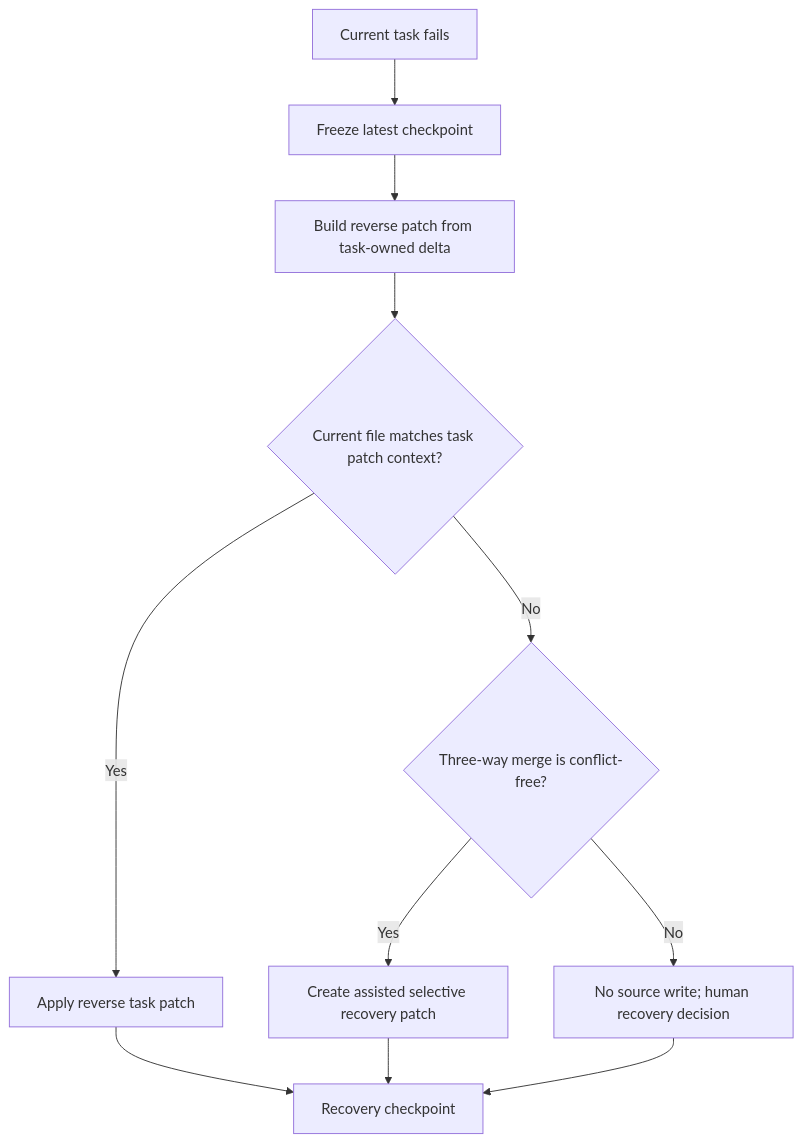
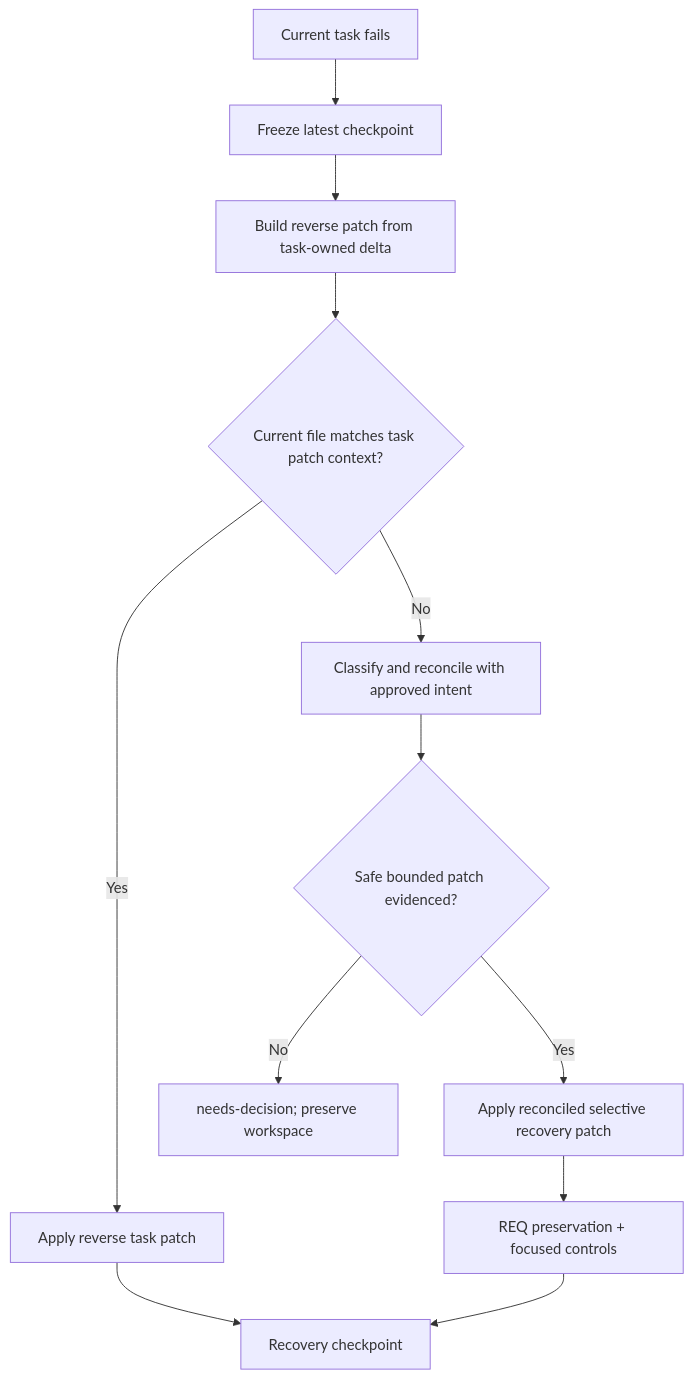
Before and after one commit to vishrutsinghal/tailr: diagram 19 of 24 in harness-engineering.md, drawn with Mermaid. The commit also changed other lines of this file and 122 other files, not shown here.

````diff
--- a/harness-engineering.md
+++ b/harness-engineering.md
@@ -2739,13 +2935,14 @@
 ```mermaid
 flowchart TB
     A["Current task fails"] --> B["Freeze latest checkpoint"]
     B --> C["Build reverse patch from task-owned delta"]
     C --> D{"Current file matches task patch context?"}
     D -->|Yes| E["Apply reverse task patch"]
-    D -->|No| F{"Three-way merge is conflict-free?"}
-    F -->|Yes| G["Create assisted selective recovery patch"]
-    F -->|No| H["No source write; human recovery decision"]
+    D -->|No| F["Classify and reconcile with approved intent"]
+    F --> G{"Safe bounded patch evidenced?"}
+    G -->|Yes| H["Apply reconciled selective recovery patch"]
+    G -->|No| J["needs-decision; preserve workspace"]
     E --> I["Recovery checkpoint"]
-    G --> I
-    H --> I
+    H --> K["REQ preservation + focused controls"]
+    K --> I
 ```
````
